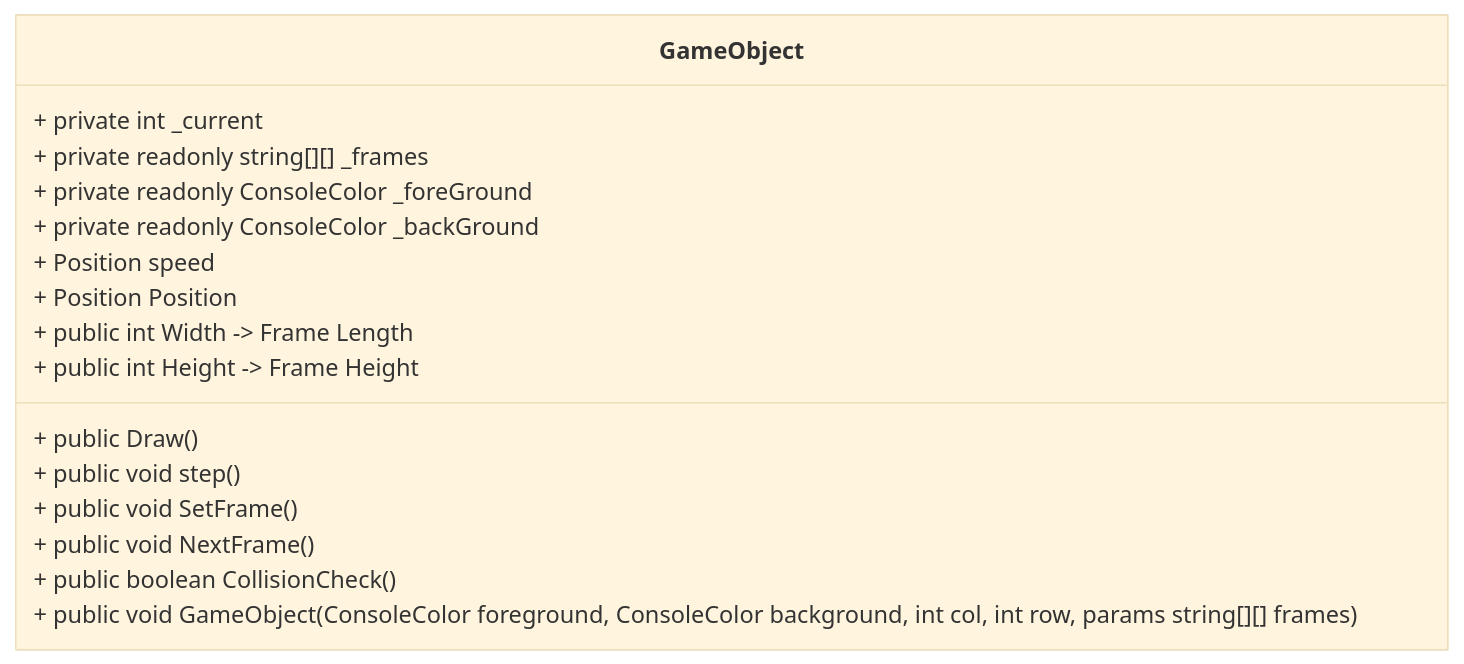
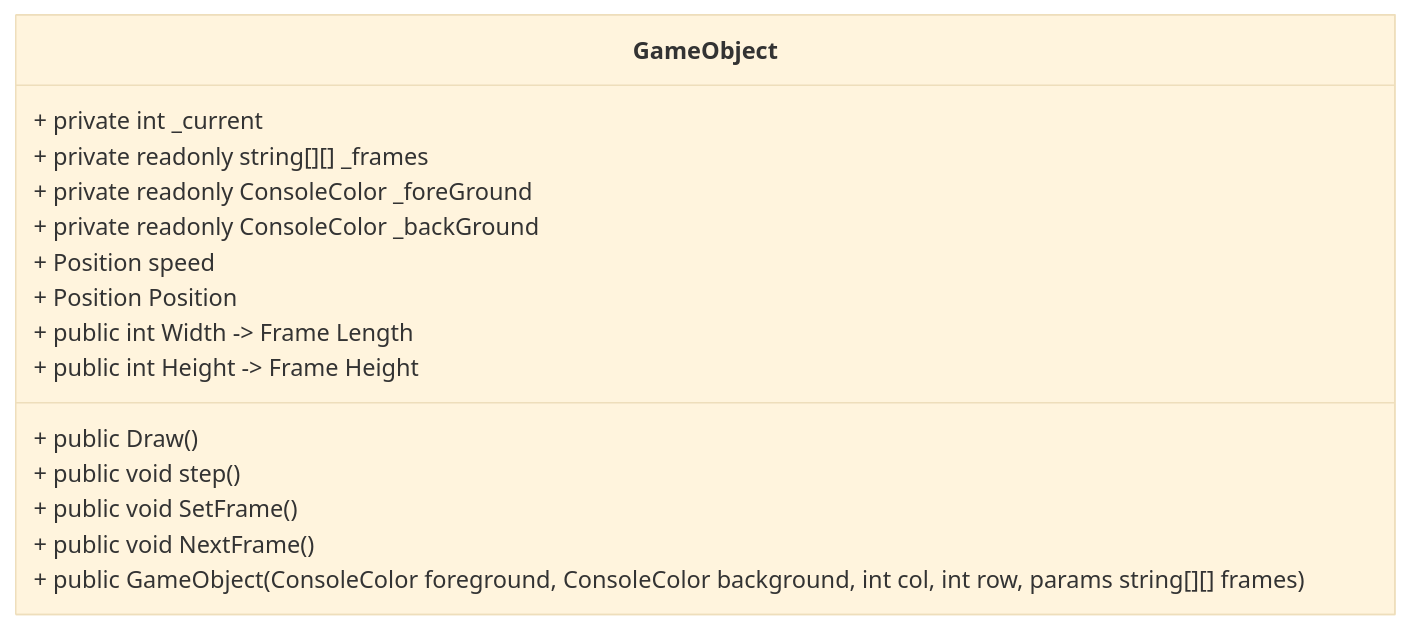
The fourth of 9 diagrams in dokumentasjon/diagram/klasse-diagram.md (NexusWeave/MVP-FlappyBird-cs), drawn with Mermaid (base theme) before and after one commit. The commit also changed other lines of this file, not shown here.

Commit message:
Fix formatting and consistency issues in klasse-diagram.md

````diff
--- a/dokumentasjon/diagram/klasse-diagram.md
+++ b/dokumentasjon/diagram/klasse-diagram.md
@@ -42,24 +42,23 @@
 ```mermaid
     classDiagram
         direction TD
 
         class GameObject {
             + private int _current
             + private readonly string[][] _frames
             + private readonly ConsoleColor _foreGround
             + private readonly ConsoleColor _backGround
 
             + Position speed
             + Position Position
 
             + public int Width -> Frame Length
             + public int Height -> Frame Height
 
             + public Draw()
             + public void step()
             + public void SetFrame()
             + public void NextFrame()
-            + public boolean CollisionCheck()
-            + public void GameObject(ConsoleColor foreground, ConsoleColor background, int col, int row, params string[][] frames)
+            + public  GameObject(ConsoleColor foreground, ConsoleColor background, int col, int row, params string[][] frames)
         }
 ```
````
